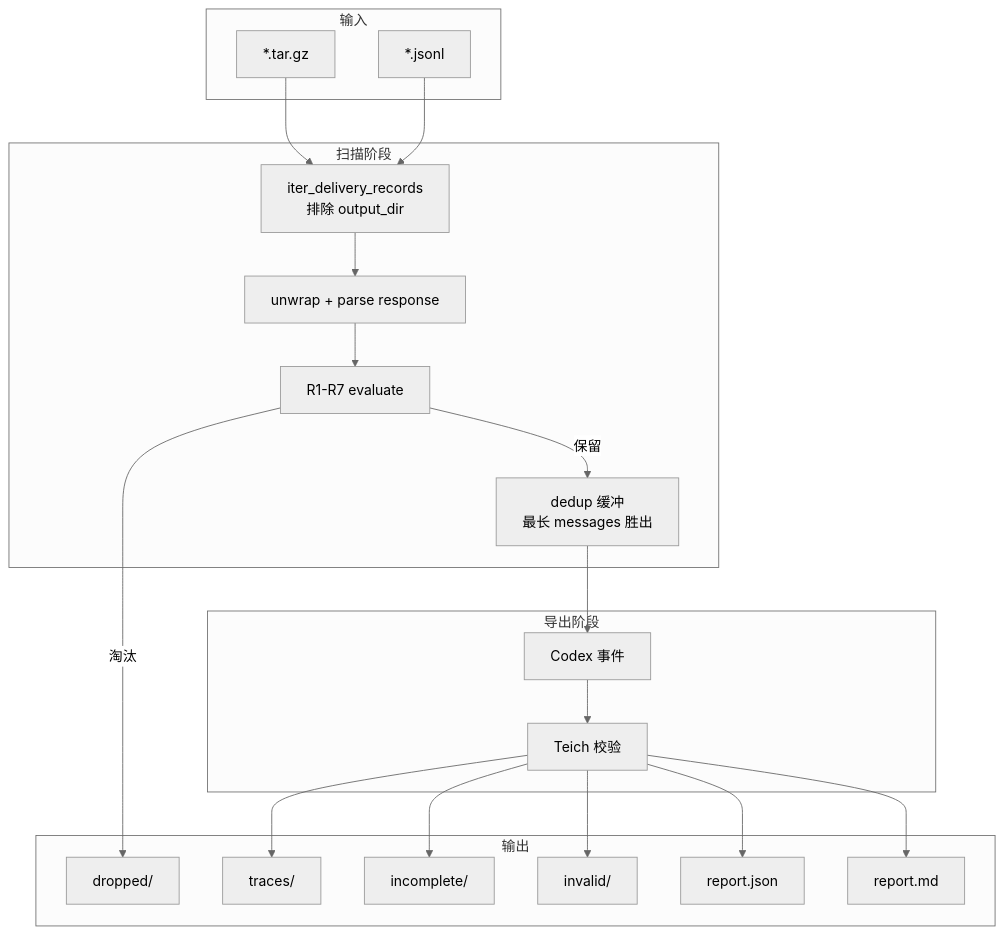
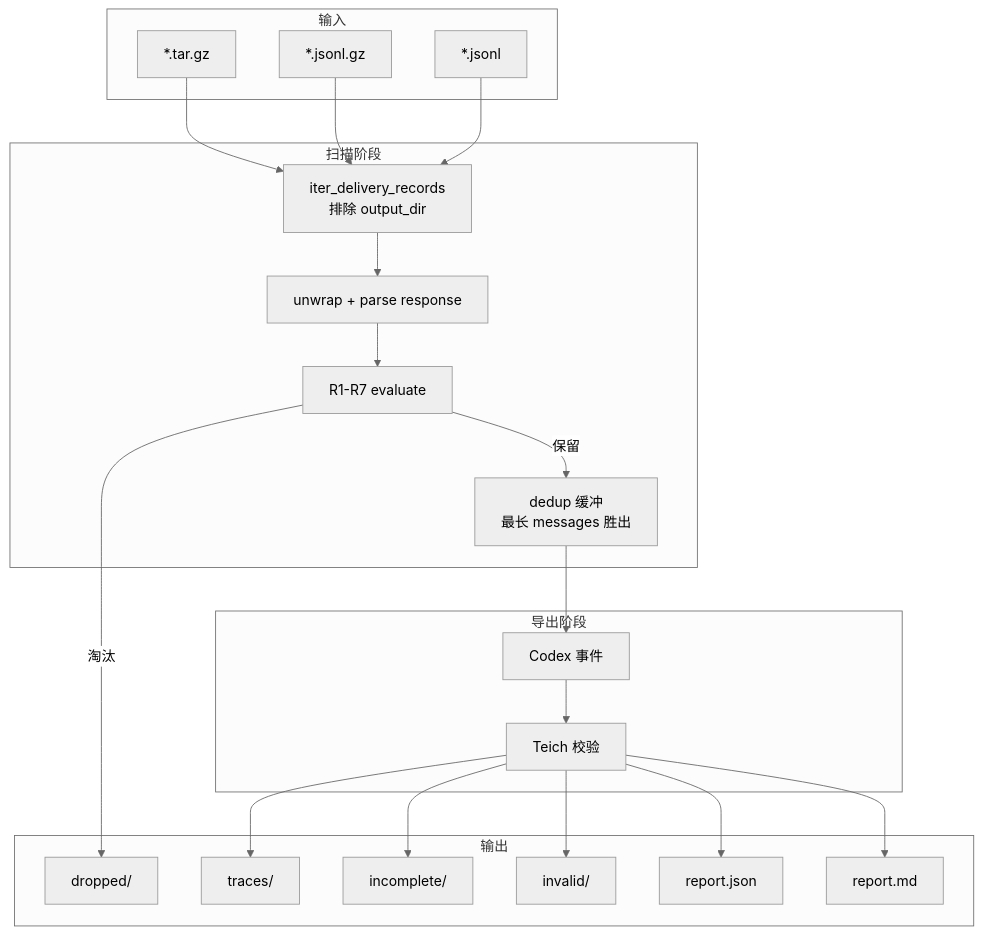
Before and after one commit to Powverse-Inc/trajery: the diagram in USER_GUIDE.md, drawn with Mermaid (neutral theme). The commit also changed other lines of this file and 8 other files, not shown here.

````diff
--- a/USER_GUIDE.md
+++ b/USER_GUIDE.md
@@ -36,39 +36,41 @@
 ```mermaid
 flowchart TB
   subgraph input [输入]
     tarGz["*.tar.gz"]
+    jsonlGz["*.jsonl.gz"]
     jsonlIn["*.jsonl"]
   end
 
   subgraph scan [扫描阶段]
     iter["iter_delivery_records\n排除 output_dir"]
     unwrap["unwrap + parse response"]
     filter["R1-R7 evaluate"]
     dedup["dedup 缓冲\n最长 messages 胜出"]
   end
 
   subgraph export [导出阶段]
     codex["Codex 事件"]
     teichVal["Teich 校验"]
   end
 
   subgraph output [输出]
     traces["traces/"]
     incomplete["incomplete/"]
     invalid["invalid/"]
     dropped["dropped/"]
     reportJson["report.json"]
     reportMd["report.md"]
   end
 
   tarGz --> iter
+  jsonlGz --> iter
   jsonlIn --> iter
   iter --> unwrap --> filter
   filter -->|淘汰| dropped
   filter -->|保留| dedup --> codex --> teichVal
   teichVal --> traces
   teichVal --> incomplete
   teichVal --> invalid
   teichVal --> reportJson
   teichVal --> reportMd
 ```
````
